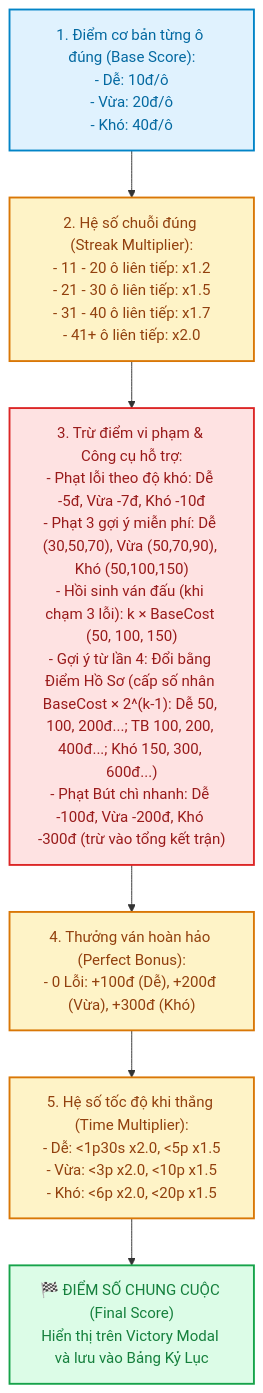
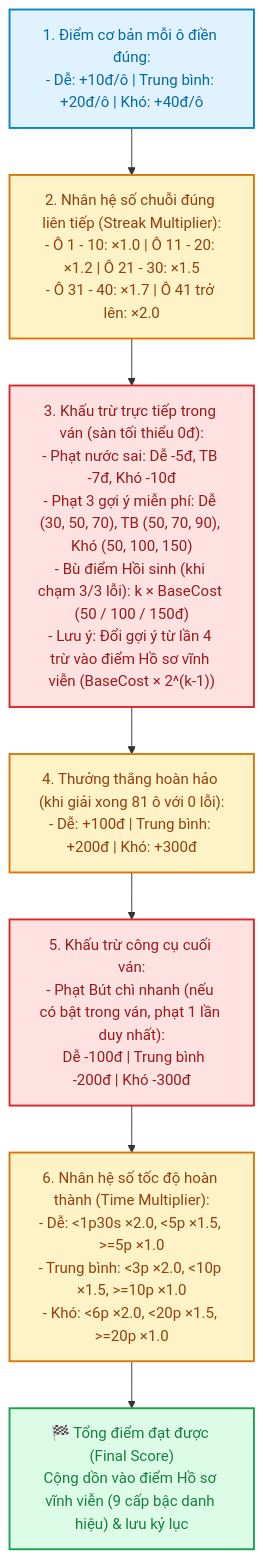
Before and after one commit to Jhanh/Sudoku_game: the second of 3 diagrams in docs/04_storage_and_scoring_models.md, drawn with Mermaid. The commit also changed other lines of this file and 4 other files, not shown here.

````diff
--- a/docs/04_storage_and_scoring_models.md
+++ b/docs/04_storage_and_scoring_models.md
@@ -78,30 +99,28 @@
 ```mermaid
 flowchart TD
     classDef base fill:#E0F2FE,stroke:#0284C7,stroke-width:2px,color:#0369A1;
     classDef mult fill:#FEF3C7,stroke:#D97706,stroke-width:2px,color:#92400E;
     classDef penalty fill:#FEE2E2,stroke:#DC2626,stroke-width:2px,color:#991B1B;
     classDef total fill:#DCFCE7,stroke:#16A34A,stroke-width:2px,color:#15803D;
 
-    P_BASE["1. Điểm cơ bản từng ô đúng (Base Score):<br/>- Dễ: 10đ/ô<br/>- Vừa: 20đ/ô<br/>- Khó: 40đ/ô"]
+    P_BASE["1. Điểm cơ bản mỗi ô điền đúng:<br/>- Dễ: +10đ/ô | Trung bình: +20đ/ô | Khó: +40đ/ô"]
 
-    P_STREAK["2. Hệ số chuỗi đúng (Streak Multiplier):<br/>- 11 - 20 ô liên tiếp: x1.2<br/>- 21 - 30 ô liên tiếp: x1.5<br/>- 31 - 40 ô liên tiếp: x1.7<br/>- 41+ ô liên tiếp: x2.0"]
+    P_STREAK["2. Nhân hệ số chuỗi đúng liên tiếp (Streak Multiplier):<br/>- Ô 1 - 10: ×1.0 | Ô 11 - 20: ×1.2 | Ô 21 - 30: ×1.5<br/>- Ô 31 - 40: ×1.7 | Ô 41 trở lên: ×2.0"]
 
-    P_PENALTY["3. Trừ điểm vi phạm & Công cụ hỗ trợ:<br/>- Phạt lỗi theo độ khó: Dễ -5đ, Vừa -7đ, Khó -10đ<br/>- Phạt 3 gợi ý miễn phí: Dễ (30,50,70), Vừa (50,70,90), Khó (50,100,150)<br/>- Hồi sinh ván đấu (khi chạm 3 lỗi): k × BaseCost (50, 100, 150)<br/>- Gợi ý từ lần 4: Đổi bằng Điểm Hồ Sơ (cấp số nhân BaseCost × 2^(k-1): Dễ 50, 100, 200đ...; TB 100, 200, 400đ...; Khó 150, 300, 600đ...)<br/>- Phạt Bút chì nhanh: Dễ -100đ, Vừa -200đ, Khó -300đ (trừ vào tổng kết trận)"]
+    P_INMATCH_PEN["3. Khấu trừ trực tiếp trong ván (sàn tối thiểu 0đ):<br/>- Phạt nước sai: Dễ -5đ, TB -7đ, Khó -10đ<br/>- Phạt 3 gợi ý miễn phí: Dễ (30, 50, 70), TB (50, 70, 90), Khó (50, 100, 150)<br/>- Bù điểm Hồi sinh (khi chạm 3/3 lỗi): k × BaseCost (50 / 100 / 150đ)<br/>- Lưu ý: Đổi gợi ý từ lần 4 trừ vào điểm Hồ sơ vĩnh viễn (BaseCost × 2^(k-1))"]
 
-    P_BONUS["4. Thưởng ván hoàn hảo (Perfect Bonus):<br/>- 0 Lỗi: +100đ (Dễ), +200đ (Vừa), +300đ (Khó)"]
+    P_BONUS["4. Thưởng thắng hoàn hảo (khi giải xong 81 ô với 0 lỗi):<br/>- Dễ: +100đ | Trung bình: +200đ | Khó: +300đ"]
 
-    P_TIME["5. Hệ số tốc độ khi thắng (Time Multiplier):<br/>- Dễ: <1p30s x2.0, <5p x1.5<br/>- Vừa: <3p x2.0, <10p x1.5<br/>- Khó: <6p x2.0, <20p x1.5"]
+    P_AUTONOTES["5. Khấu trừ công cụ cuối ván:<br/>- Phạt Bút chì nhanh (nếu có bật trong ván, phạt 1 lần duy nhất):<br/>  Dễ -100đ | Trung bình -200đ | Khó -300đ"]
 
-    P_FINAL["🏁 ĐIỂM SỐ CHUNG CUỘC (Final Score)<br/>Hiển thị trên Victory Modal và lưu vào Bảng Kỷ Lục"]
+    P_TIME["6. Nhân hệ số tốc độ hoàn thành (Time Multiplier):<br/>- Dễ: <1p30s ×2.0, <5p ×1.5, >=5p ×1.0<br/>- Trung bình: <3p ×2.0, <10p ×1.5, >=10p ×1.0<br/>- Khó: <6p ×2.0, <20p ×1.5, >=20p ×1.0"]
 
-    P_BASE --> P_STREAK
-    P_STREAK --> P_PENALTY
-    P_PENALTY --> P_BONUS
-    P_BONUS --> P_TIME
-    P_TIME --> P_FINAL
+    P_FINAL["🏁 Tổng điểm đạt được (Final Score)<br/>Cộng dồn vào điểm Hồ sơ vĩnh viễn (9 cấp bậc danh hiệu) & lưu kỷ lục"]
+
+    P_BASE --> P_STREAK --> P_INMATCH_PEN --> P_BONUS --> P_AUTONOTES --> P_TIME --> P_FINAL
 
     class P_BASE base;
-    class P_STREAK,P_TIME,P_BONUS mult;
-    class P_PENALTY penalty;
+    class P_STREAK,P_BONUS,P_TIME mult;
+    class P_INMATCH_PEN,P_AUTONOTES penalty;
     class P_FINAL total;
 ```
````
